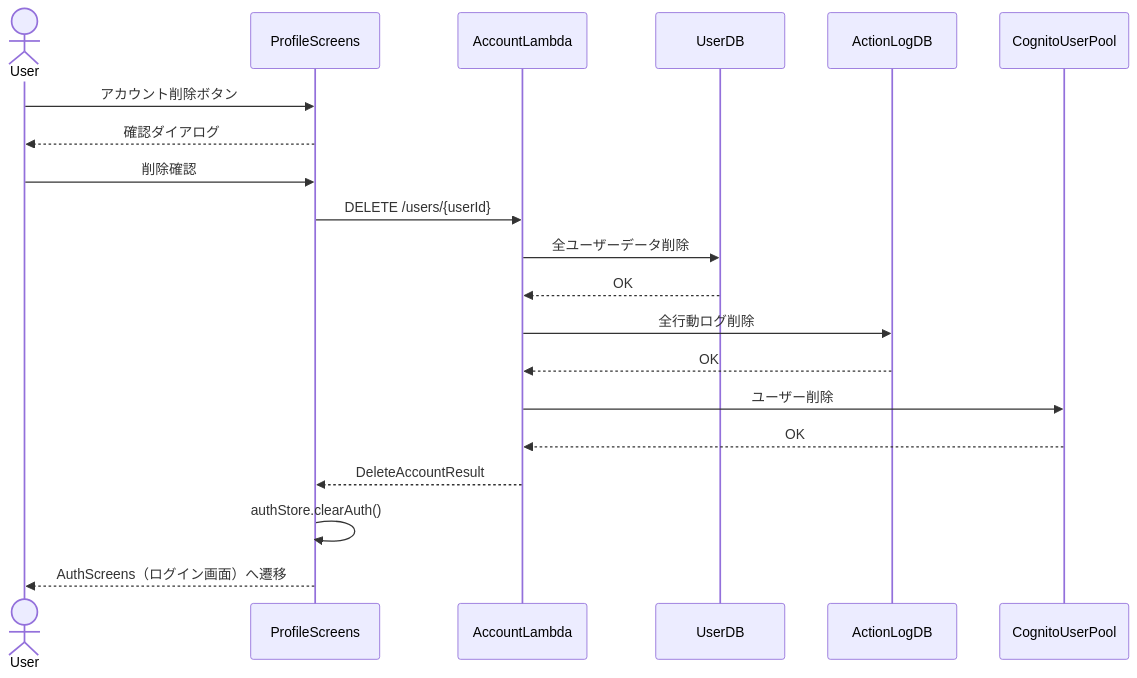
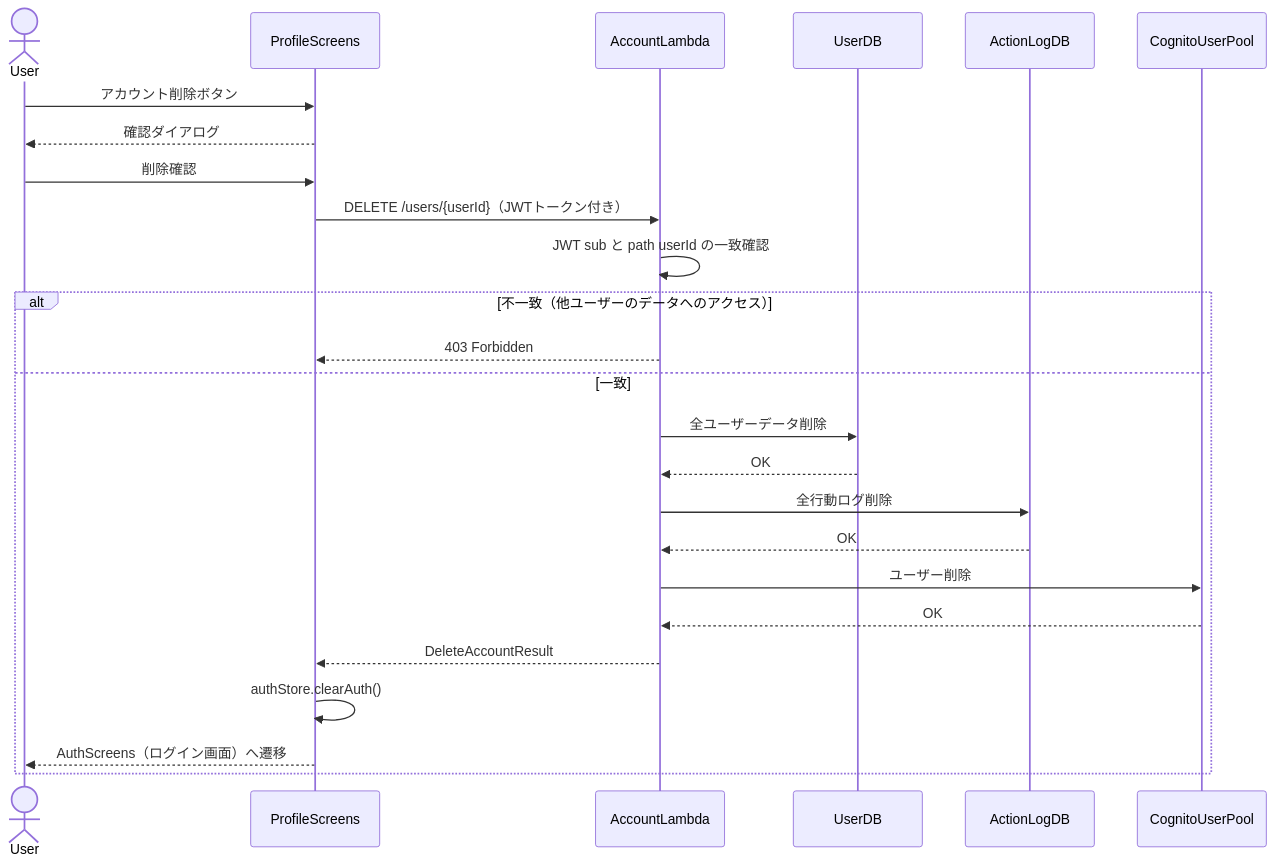
The eighth of 8 diagrams in aidlc-docs/inception/application-design/component-dependency.md (aws-dlc-hackathon-team-a/team-a), drawn with Mermaid before and after one commit. The commit also changed other lines of this file, not shown here.

````diff
--- a/aidlc-docs/inception/application-design/component-dependency.md
+++ b/aidlc-docs/inception/application-design/component-dependency.md
@@ -231,23 +272,28 @@
 ```mermaid
 sequenceDiagram
     actor User
     participant ProfileScreens
     participant AccountLambda
     participant UserDB
     participant ActionLogDB
     participant Cognito as CognitoUserPool
 
     User->>ProfileScreens: アカウント削除ボタン
     ProfileScreens-->>User: 確認ダイアログ
     User->>ProfileScreens: 削除確認
-    ProfileScreens->>AccountLambda: DELETE /users/{userId}
-    AccountLambda->>UserDB: 全ユーザーデータ削除
-    UserDB-->>AccountLambda: OK
-    AccountLambda->>ActionLogDB: 全行動ログ削除
-    ActionLogDB-->>AccountLambda: OK
-    AccountLambda->>Cognito: ユーザー削除
-    Cognito-->>AccountLambda: OK
-    AccountLambda-->>ProfileScreens: DeleteAccountResult
-    ProfileScreens->>ProfileScreens: authStore.clearAuth()
-    ProfileScreens-->>User: AuthScreens（ログイン画面）へ遷移
+    ProfileScreens->>AccountLambda: DELETE /users/{userId}（JWTトークン付き）
+    AccountLambda->>AccountLambda: JWT sub と path userId の一致確認
+    alt 不一致（他ユーザーのデータへのアクセス）
+        AccountLambda-->>ProfileScreens: 403 Forbidden
+    else 一致
+        AccountLambda->>UserDB: 全ユーザーデータ削除
+        UserDB-->>AccountLambda: OK
+        AccountLambda->>ActionLogDB: 全行動ログ削除
+        ActionLogDB-->>AccountLambda: OK
+        AccountLambda->>Cognito: ユーザー削除
+        Cognito-->>AccountLambda: OK
+        AccountLambda-->>ProfileScreens: DeleteAccountResult
+        ProfileScreens->>ProfileScreens: authStore.clearAuth()
+        ProfileScreens-->>User: AuthScreens（ログイン画面）へ遷移
+    end
 ```
````
